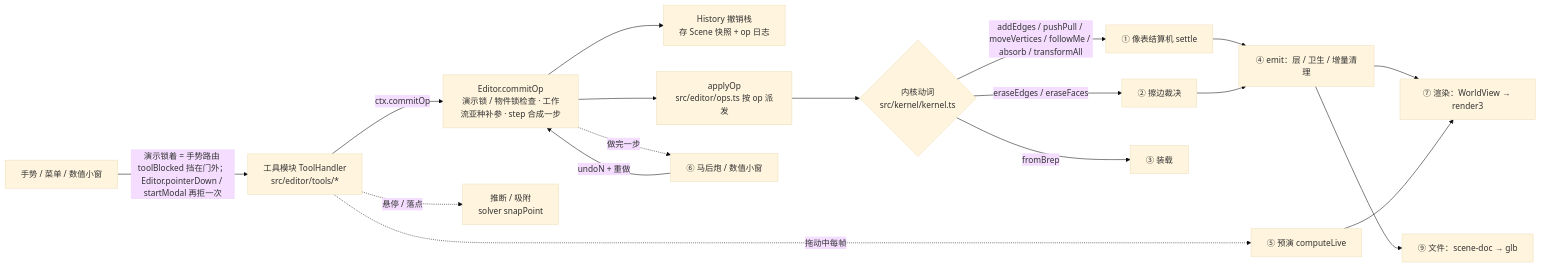
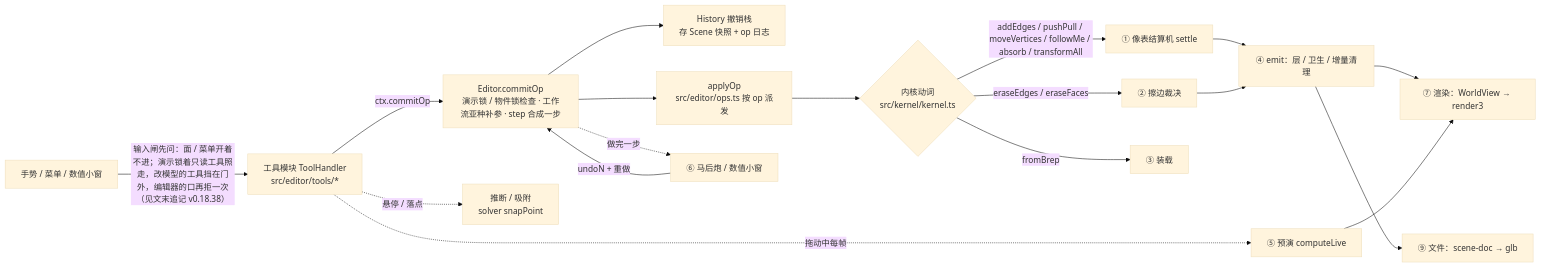
The diagram in ai-docs/20261026-pipelines.md (fangzhangmnm/catsup), drawn with Mermaid (base theme) before and after one commit. The commit also changed other lines of this file and 45 other files, not shown here.

````diff
--- a/ai-docs/20261026-pipelines.md
+++ b/ai-docs/20261026-pipelines.md
@@ -12,20 +12,20 @@
 ```mermaid
 flowchart LR
-  G[手势 / 菜单 / 数值小窗] -->|演示锁着 = 手势路由 toolBlocked 挡在门外；Editor.pointerDown / startModal 再拒一次| T[工具模块 ToolHandler<br/>src/editor/tools/*]
+  G[手势 / 菜单 / 数值小窗] -->|输入闸先问：面 / 菜单开着不进；演示锁着只读工具照走，改模型的工具挡在门外，编辑器的口再拒一次（见文末追记 v0.18.38）| T[工具模块 ToolHandler<br/>src/editor/tools/*]
   T -->|ctx.commitOp| C[Editor.commitOp<br/>演示锁 / 物件锁检查 · 工作流亚种补参 · step 合成一步]
   C --> H[History 撤销栈<br/>存 Scene 快照 + op 日志]
   C --> A[applyOp<br/>src/editor/ops.ts 按 op 派发]
   A --> K{内核动词<br/>src/kernel/kernel.ts}
   K -->|addEdges / pushPull / moveVertices / followMe / absorb / transformAll| S[① 像表结算机 settle]
   K -->|eraseEdges / eraseFaces| E[② 擦边裁决]
   K -->|fromBrep| L[③ 装载]
   S --> M[④ emit：层 / 卫生 / 增量清理]
   E --> M
   M --> R[⑦ 渲染：WorldView → render3]
   M --> F[⑨ 文件：scene-doc → glb]
   T -.悬停 / 落点.-> I[推断 / 吸附<br/>solver snapPoint]
   T -.拖动中每帧.-> P[⑤ 预演 computeLive]
   P --> R
   C -.做完一步.-> Q[⑥ 马后炮 / 数值小窗]
   Q -->|undoN + 重做| C
 ```
````
